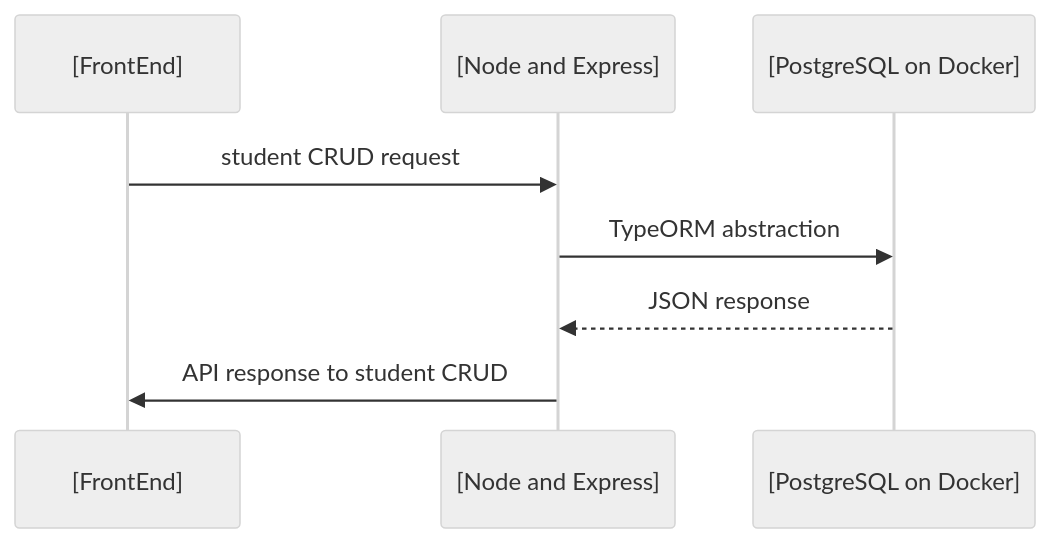
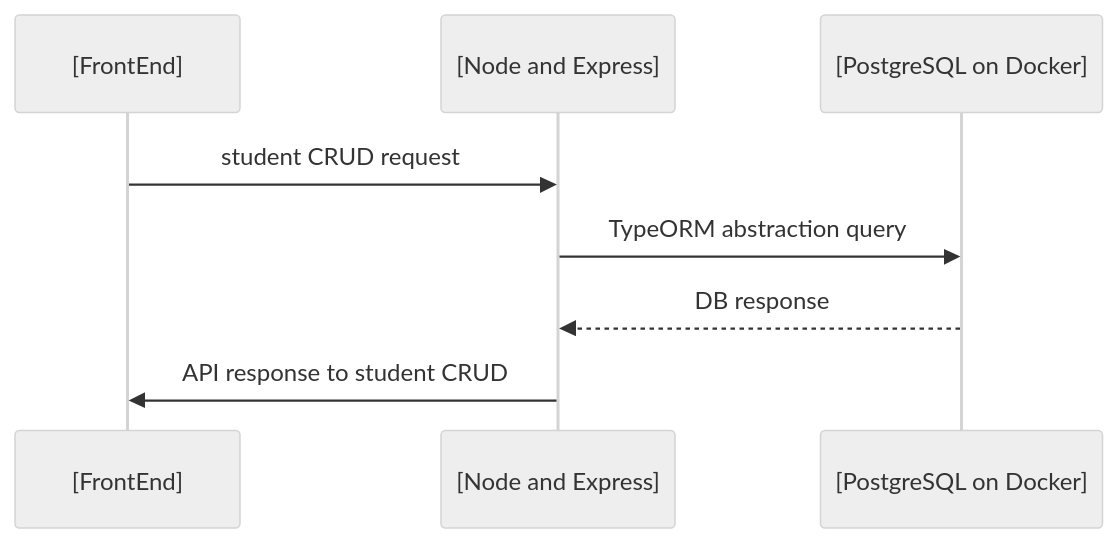
The diagram in COMMENTS.md (arturgomes/challenge-full-stack-web), drawn with Mermaid (neutral theme) before and after one commit. The commit also changed other lines of this file, not shown here.

Commit message:
docs: :sparkles: Adding comments, tables and diagrams for the work decription

````diff
--- a/COMMENTS.md
+++ b/COMMENTS.md
@@ -7,9 +9,9 @@
 ```mermaid
   sequenceDiagram
 [FrontEnd]->>[Node and Express]: student CRUD request 
 
-[Node and Express]->>[PostgreSQL on Docker]: TypeORM abstraction
-[PostgreSQL on Docker]-->>[Node and Express]: JSON response
+[Node and Express]->>[PostgreSQL on Docker]: TypeORM abstraction query
+[PostgreSQL on Docker]-->>[Node and Express]: DB response
 [Node and Express]->>[FrontEnd]: API response to student CRUD 
 
 ```
````
